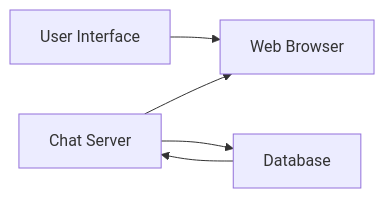
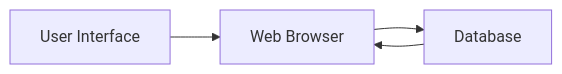
One commit to xXCrash2BomberXx/TinyChat changed the third of 5 diagrams in 4+1.md. Above: the diagram before and after it, drawn with Mermaid.

````diff
--- a/4+1.md
+++ b/4+1.md
@@ -78,7 +78,6 @@
 ```mermaid
 graph LR
   A["User Interface"] --> B["Web Browser"];
-  C["Chat Server"] --> B;
-  C --> D["Database"];
-  D --> C;
+  B --> C["Database"];
+  C --> B;
 ```
````
